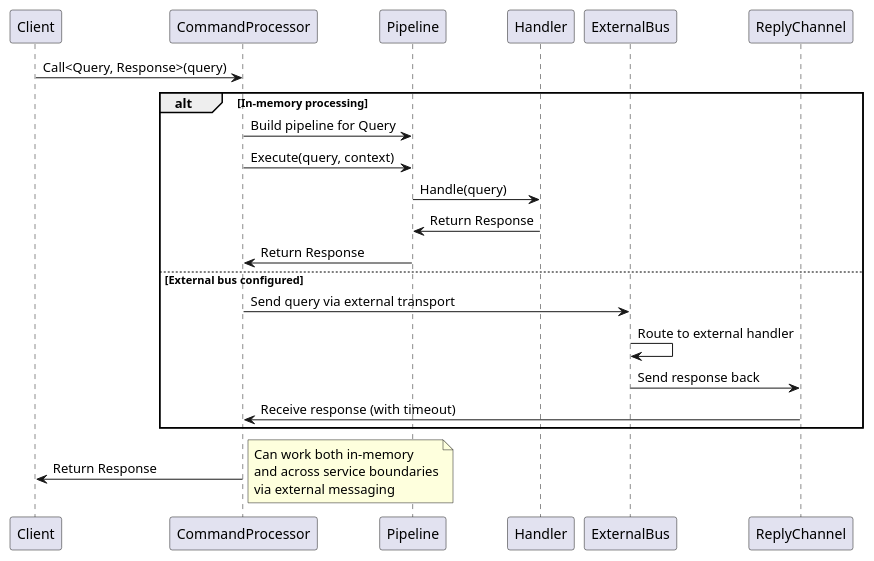
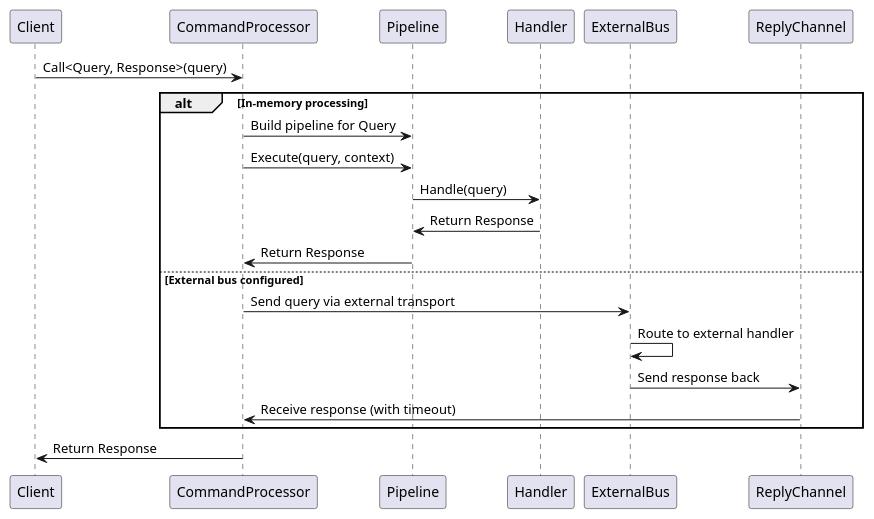
The sixth of 11 diagrams in docs/guides/paramore_brighter_core_guide.md (BrighterCommand/Brighter), drawn with PlantUML before and after one commit. The commit also changed other lines of this file, not shown here.

````diff
--- a/docs/guides/paramore_brighter_core_guide.md
+++ b/docs/guides/paramore_brighter_core_guide.md
@@ -355,27 +356,26 @@
 ```plantuml
 @startuml
 participant Client
 participant CommandProcessor as CP
 participant Pipeline as P
 participant Handler as H
 participant ExternalBus as EB
 participant ReplyChannel as RC
 
 Client -> CP: Call<Query, Response>(query)
 alt In-memory processing
   CP -> P: Build pipeline for Query
   CP -> P: Execute(query, context)
   P -> H: Handle(query)
   H -> P: Return Response
   P -> CP: Return Response
 else External bus configured
   CP -> EB: Send query via external transport
   EB -> EB: Route to external handler
   EB -> RC: Send response back
   RC -> CP: Receive response (with timeout)
 end
 CP -> Client: Return Response
 
-note right: Can work both in-memory\nand across service boundaries\nvia external messaging
 @enduml
 ```
````
